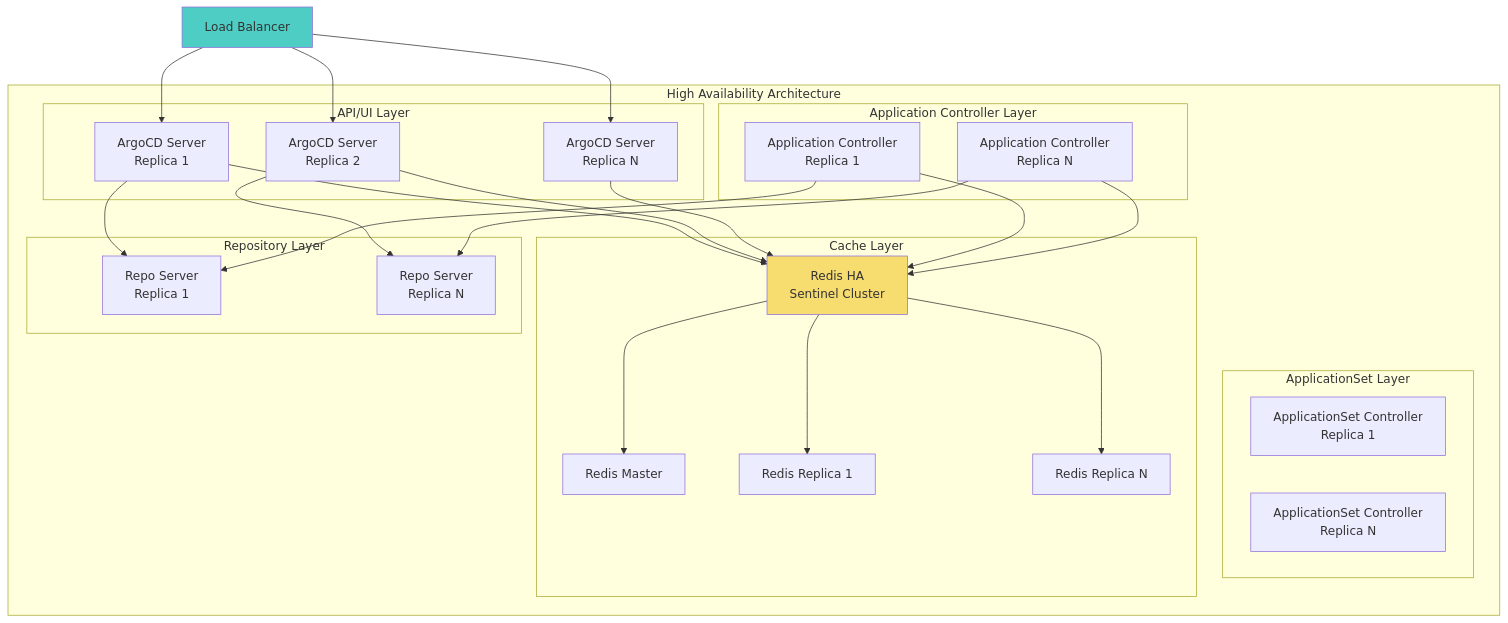
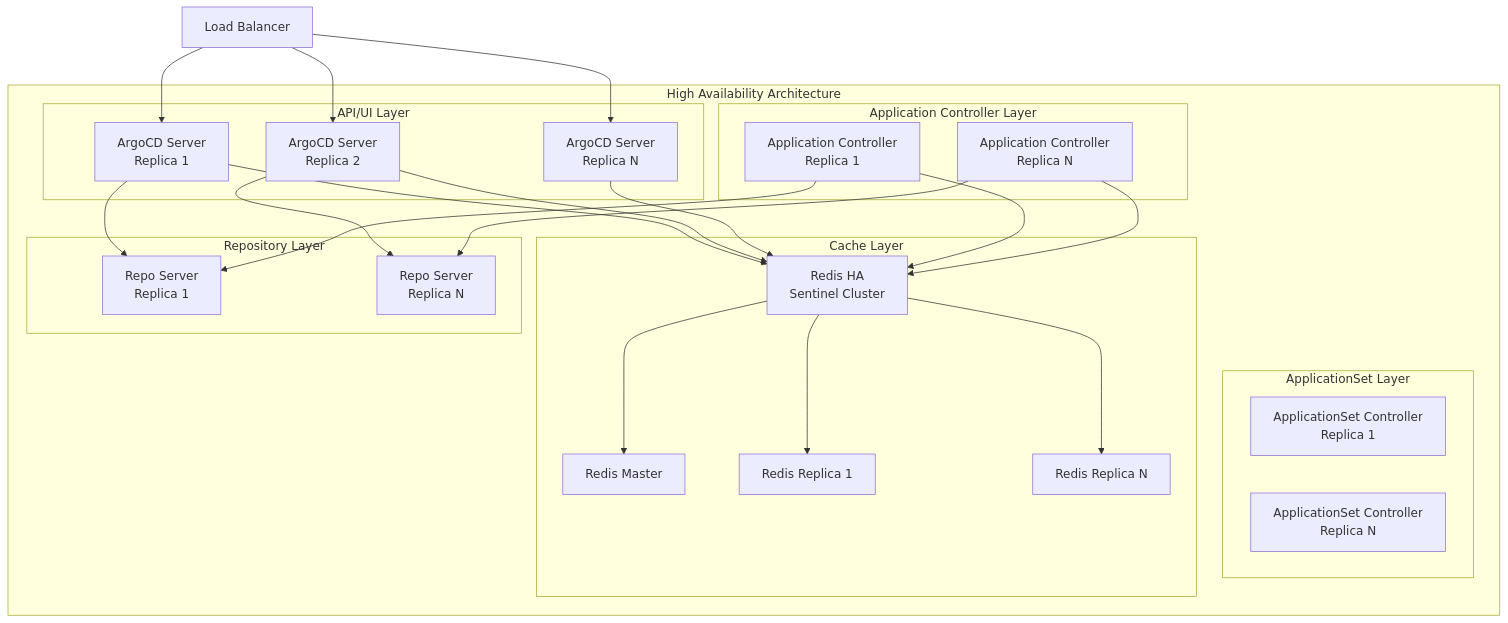
The first of 12 diagrams in docs/cicd/week6-argocd-final.md (juwon8891/juwon8891.github.io), drawn with Mermaid before and after one commit. The commit also changed other lines of this file and 18 other files, not shown here.

Commit message:
Remove bright colors from Mermaid diagrams for dark mode compatibility

````diff
--- a/docs/cicd/week6-argocd-final.md
+++ b/docs/cicd/week6-argocd-final.md
@@ -16,56 +16,54 @@
 ```mermaid
 graph TB
     subgraph "High Availability Architecture"
         subgraph "API/UI Layer"
             AS1[ArgoCD Server<br/>Replica 1]
             AS2[ArgoCD Server<br/>Replica 2]
             AS3[ArgoCD Server<br/>Replica N]
         end
 
         subgraph "Application Controller Layer"
             AC1[Application Controller<br/>Replica 1]
             AC2[Application Controller<br/>Replica N]
         end
 
         subgraph "ApplicationSet Layer"
             ASC1[ApplicationSet Controller<br/>Replica 1]
             ASC2[ApplicationSet Controller<br/>Replica N]
         end
 
         subgraph "Cache Layer"
             RH[Redis HA<br/>Sentinel Cluster]
             RM1[Redis Master]
             RS1[Redis Replica 1]
             RS2[Redis Replica N]
         end
 
         subgraph "Repository Layer"
             RC1[Repo Server<br/>Replica 1]
             RC2[Repo Server<br/>Replica N]
         end
     end
 
     LB[Load Balancer] --> AS1
     LB --> AS2
     LB --> AS3
 
     AS1 --> RH
     AS2 --> RH
     AS3 --> RH
 
     AC1 --> RH
     AC2 --> RH
 
     AS1 --> RC1
     AS2 --> RC2
 
     AC1 --> RC1
     AC2 --> RC2
 
     RH --> RM1
     RH --> RS1
     RH --> RS2
 
-    style LB fill:#4ECDC4
-    style RH fill:#F7DC6F
 ```
````
